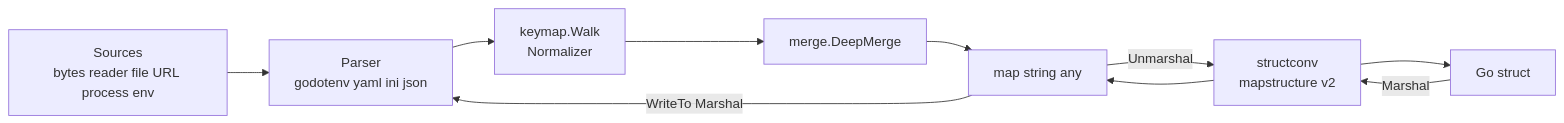
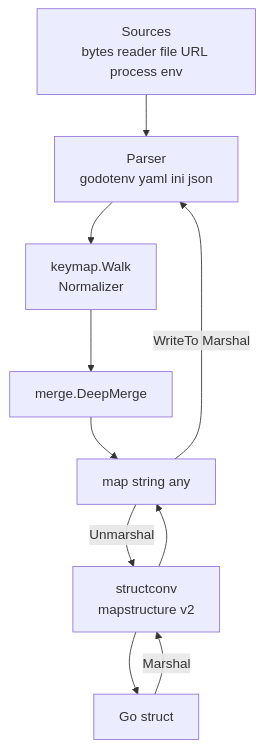
Before and after one commit to eSlider/go-config: the diagram in README.md, drawn with Mermaid. The commit also changed other lines of this file, not shown here.

Commit message:
docs(README): update architecture diagram and enhance CLI/API tables for clarity

````diff
--- a/README.md
+++ b/README.md
@@ -12,14 +12,14 @@
 ```mermaid
-flowchart LR
+flowchart TB
   Sources["Sources\nbytes reader file URL process env"]
   Parser["Parser\ngodotenv yaml ini json"]
   Norm["keymap.Walk\nNormalizer"]
   MergeOp["merge.DeepMerge"]
   Map["map string any"]
   MS["structconv\nmapstructure v2"]
   Struct["Go struct"]
   Sources --> Parser --> Norm --> MergeOp --> Map
   Map -->|Unmarshal| MS --> Struct
   Struct -->|Marshal| MS --> Map
   Map -->|WriteTo Marshal| Parser
 ```
````
